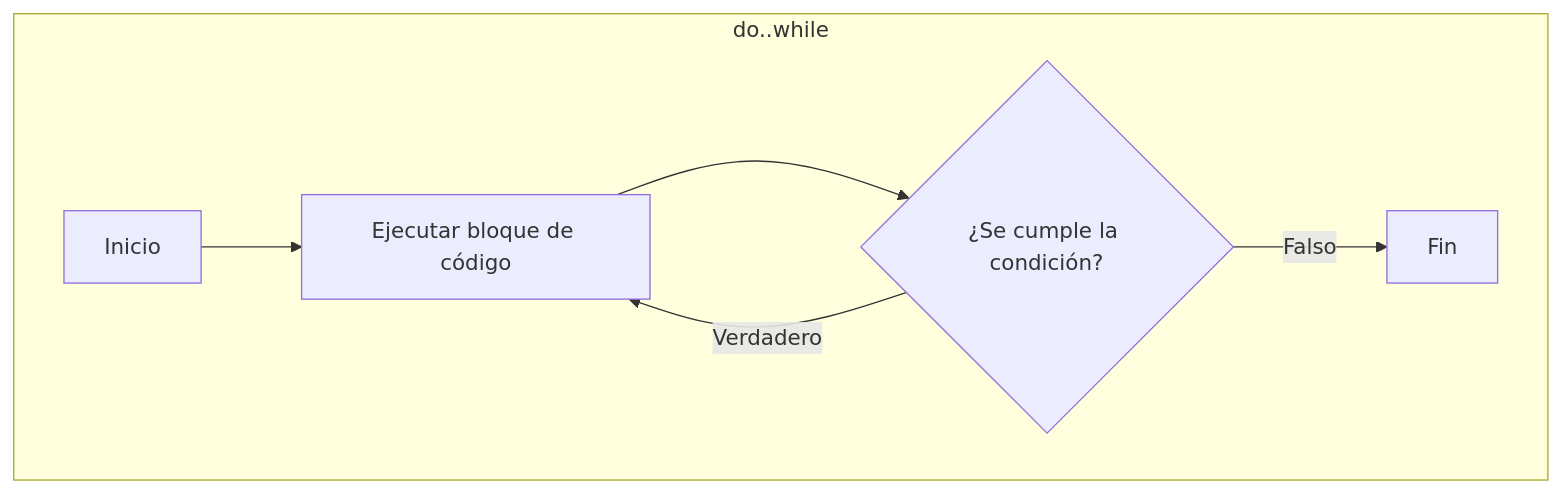
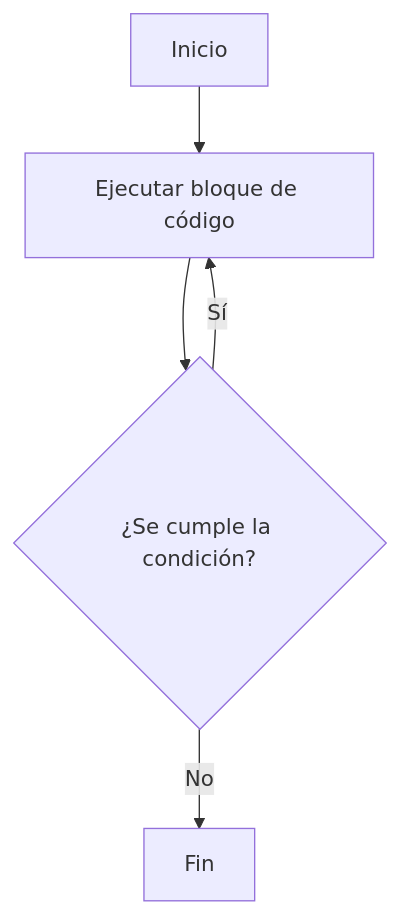
The diagram in apunte/2_gradual.md (INGCOM-UNRN-P1/INGCOM-UNRN-P1.github.io), drawn with Mermaid before and after one commit. The commit also changed other lines of this file, not shown here.

````diff
--- a/apunte/2_gradual.md
+++ b/apunte/2_gradual.md
@@ -891,9 +608,7 @@
-```{mermaid}
+```mermaid
 flowchart TD
-    subgraph do..while
-        Inicio --> EjecutarBloque["Ejecutar bloque de código"]
-        EjecutarBloque --> EvaluarCondicion{"¿Se cumple la condición?"}
-        EvaluarCondicion -- "Verdadero" --> EjecutarBloque
-        EvaluarCondicion -- "Falso" --> Fin
-    end
+    Inicio --> Ejecutar[Ejecutar bloque de código]
+    Ejecutar --> Cond{¿Se cumple la condición?}
+    Cond -- Sí --> Ejecutar
+    Cond -- No --> Fin
 ```
````
